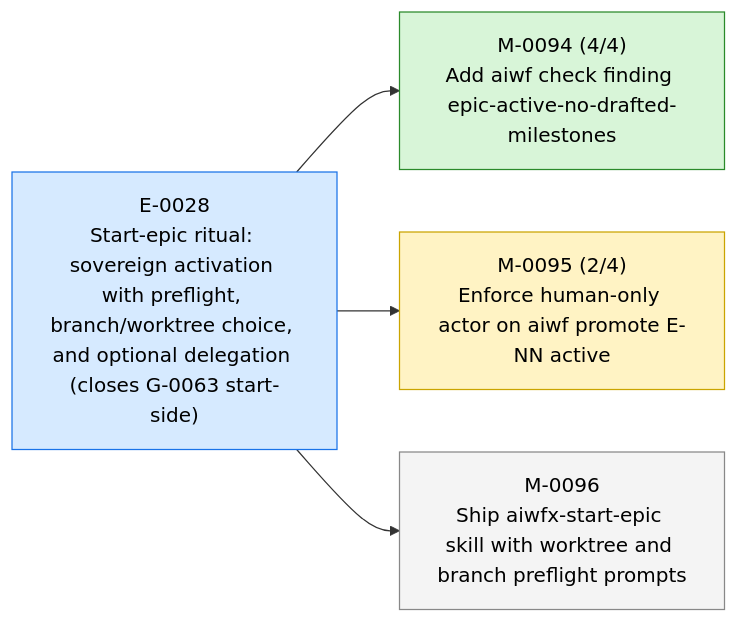
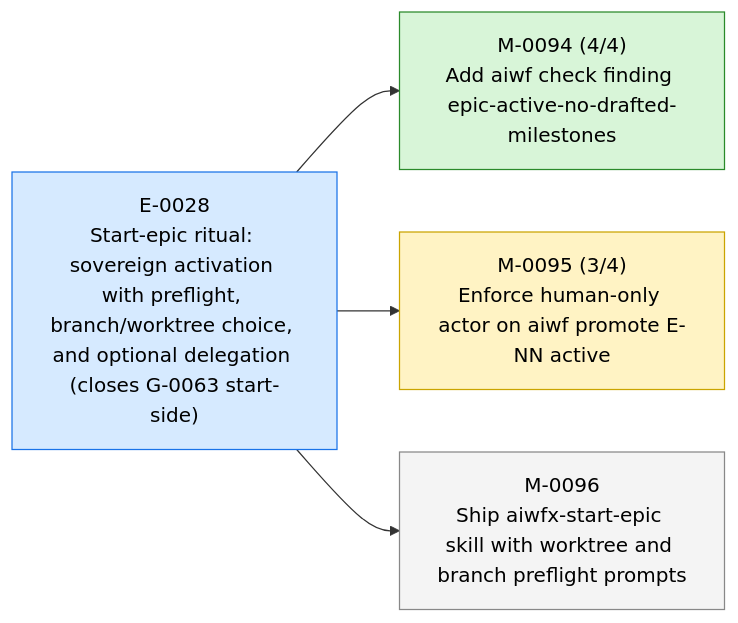
One commit to 23min/aiwf changed the first of 3 diagrams in STATUS.md. Above: the diagram before and after it, drawn with Mermaid. The commit also changed other lines of this file and 1 other file, not shown here.

First line of the commit message:
aiwf promote M-0095/AC-3 open -> met

````diff
--- a/STATUS.md
+++ b/STATUS.md
@@ -15,16 +15,16 @@
 ```mermaid
 flowchart LR
   E_0028["E-0028<br/>Start-epic ritual: sovereign activation with preflight, branch/worktree choice, and optional delegation (closes G-0063 start-side)"]:::epic_active
   M_0094["M-0094 (4/4)<br/>Add aiwf check finding epic-active-no-drafted-milestones"]:::ms_done
   E_0028 --> M_0094
-  M_0095["M-0095 (2/4)<br/>Enforce human-only actor on aiwf promote E-NN active"]:::ms_in_progress
+  M_0095["M-0095 (3/4)<br/>Enforce human-only actor on aiwf promote E-NN active"]:::ms_in_progress
   E_0028 --> M_0095
   M_0096["M-0096<br/>Ship aiwfx-start-epic skill with worktree and branch preflight prompts"]:::ms_draft
   E_0028 --> M_0096
   classDef epic_active fill:#d6eaff,stroke:#1a73e8,color:#000
   classDef epic_proposed fill:#f4f4f4,stroke:#888,color:#000
   classDef ms_done fill:#d8f5d8,stroke:#2a8a2a,color:#000
   classDef ms_in_progress fill:#fff3c4,stroke:#caa400,color:#000
   classDef ms_draft fill:#f4f4f4,stroke:#888,color:#000
   classDef ms_cancelled fill:#fbeaea,stroke:#c33,color:#000
 ```
````
